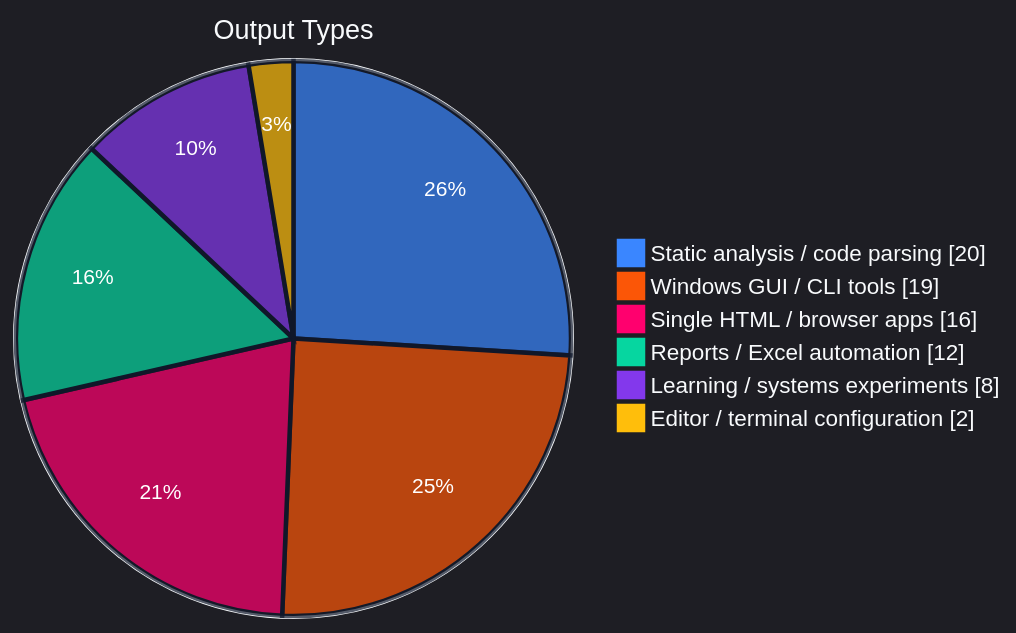
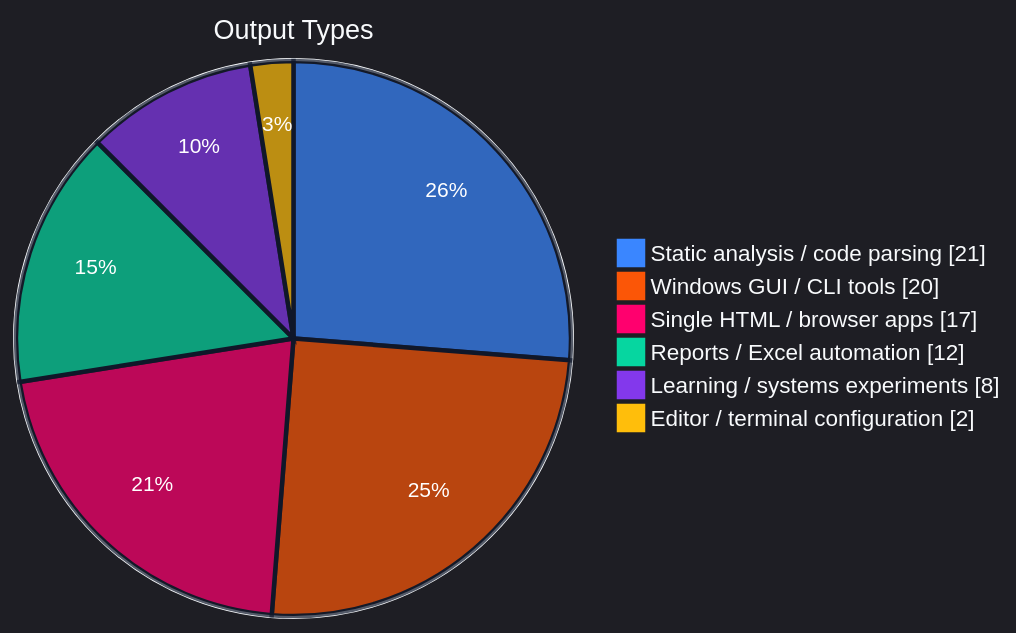
One commit to SSsan-00/SSsan-00 changed the second of 4 diagrams in README.md. Above: the diagram before and after it, drawn with Mermaid. The commit also changed other lines of this file and 2 other files, not shown here.

````diff
--- a/README.md
+++ b/README.md
@@ -56,11 +56,11 @@
 ```mermaid
 %%{init: {"theme":"dark","themeVariables":{"background":"#0f172a","mainBkg":"#0f172a","textColor":"#f8fafc","primaryTextColor":"#f8fafc","pieStrokeColor":"#0f172a","pieStrokeWidth":"3px","pieOuterStrokeColor":"#f8fafc","pieOuterStrokeWidth":"2px","pieTitleTextColor":"#f8fafc","pieTitleTextSize":"18px","pieLegendTextColor":"#f8fafc","pieLegendTextSize":"15px","pieSectionTextColor":"#ffffff","pieSectionTextSize":"14px","pie1":"#3a86ff","pie2":"#fb5607","pie3":"#ff006e","pie4":"#06d6a0","pie5":"#8338ec","pie6":"#ffbe0b"}}}%%
 pie showData
   title Output Types
-  "Static analysis / code parsing" : 20
-  "Windows GUI / CLI tools" : 19
-  "Single HTML / browser apps" : 16
+  "Static analysis / code parsing" : 21
+  "Windows GUI / CLI tools" : 20
+  "Single HTML / browser apps" : 17
   "Reports / Excel automation" : 12
   "Learning / systems experiments" : 8
   "Editor / terminal configuration" : 2
 ```
````
